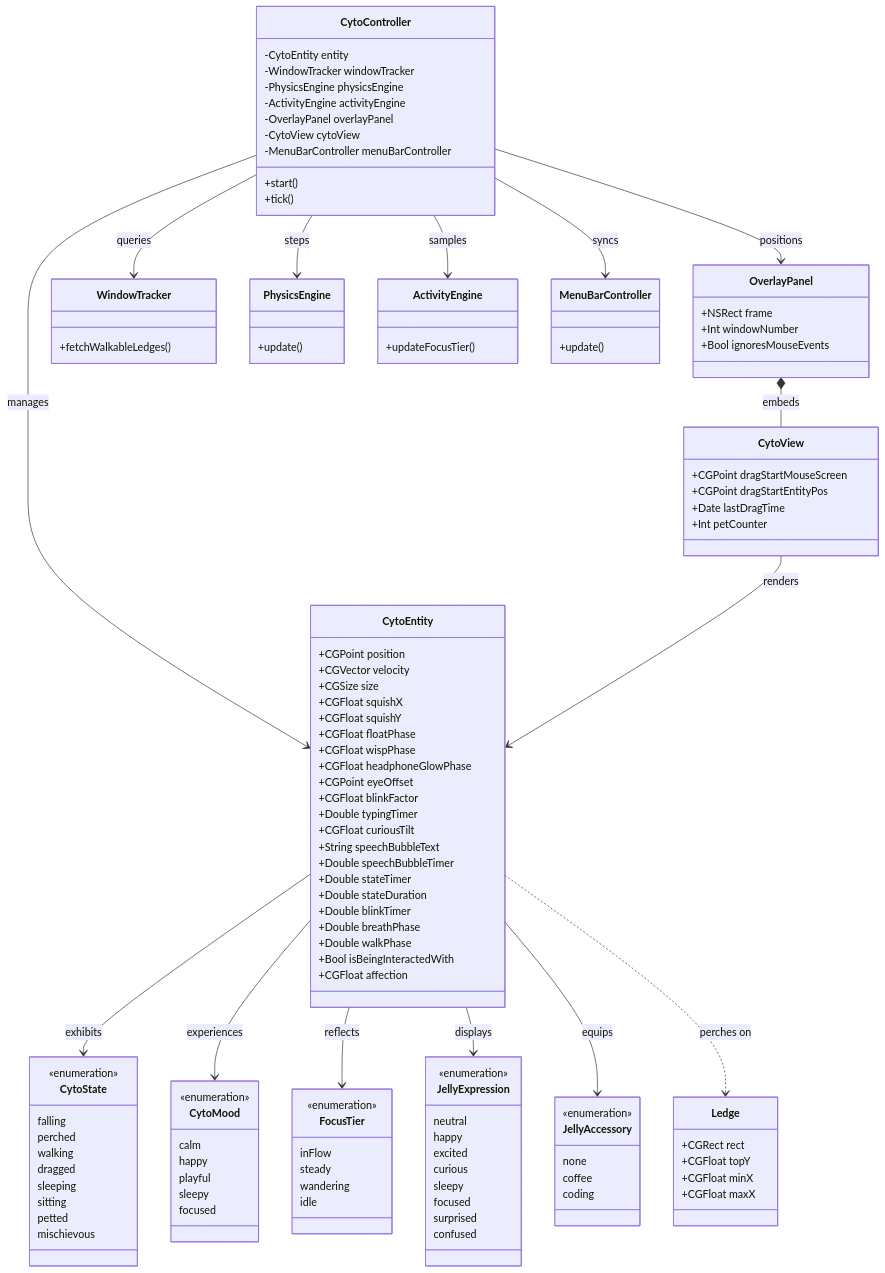
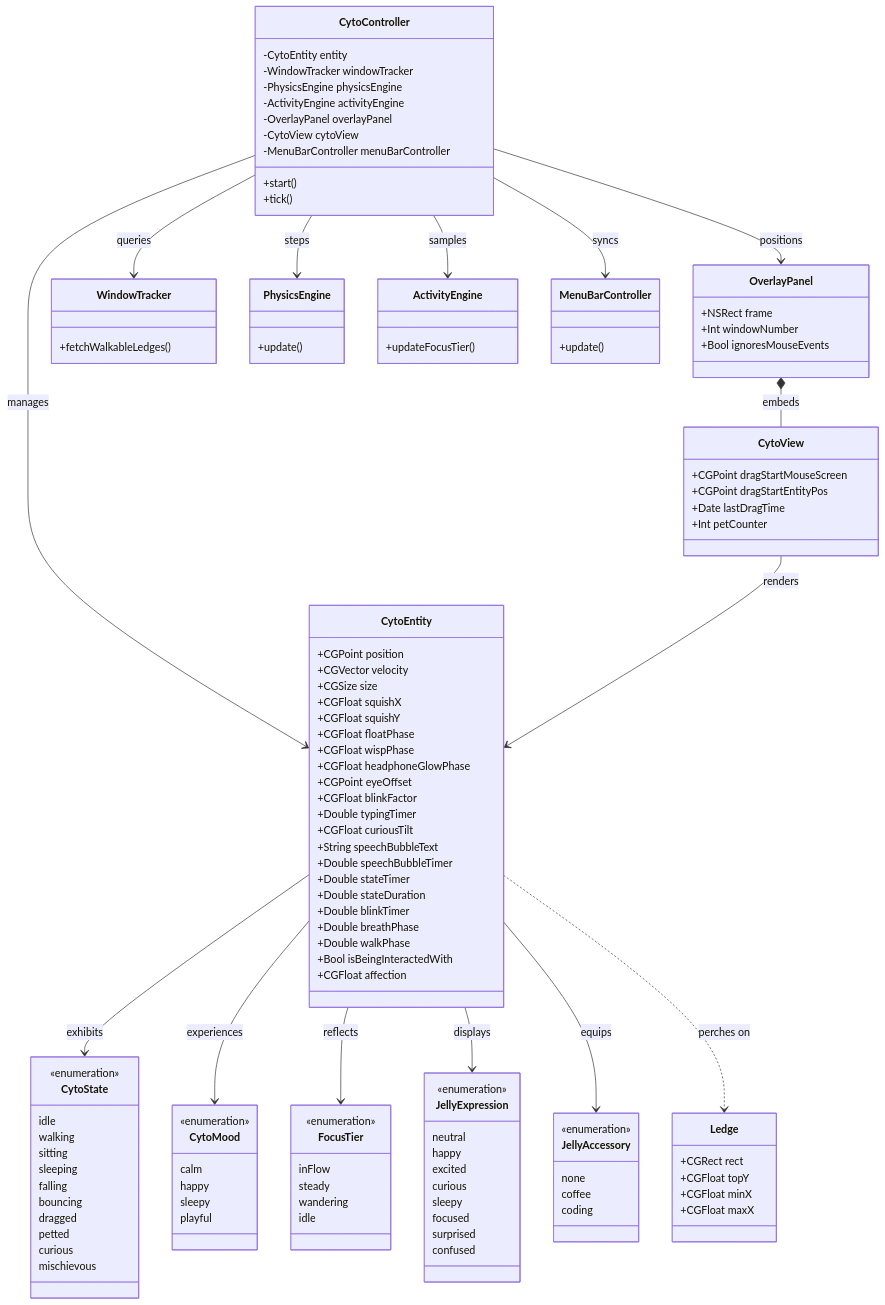
The third of 4 diagrams in README.md (variable005/cyto), drawn with Mermaid before and after one commit. The commit also changed other lines of this file, not shown here.

Commit message:
docs: align security model, simulation timer, and domain enums with Swift codebase

```diff
--- a/README.md
+++ b/README.md
@@ -189,13 +189,15 @@
 
     class CytoState {
         <<enumeration>>
+        idle
+        walking
+        sitting
+        sleeping
         falling
-        perched
-        walking
+        bouncing
         dragged
-        sleeping
-        sitting
         petted
+        curious
         mischievous
     }
 
@@ -203,9 +205,8 @@
         <<enumeration>>
         calm
         happy
+        sleepy
         playful
-        sleepy
-        focused
     }
 
     class FocusTier {
```
